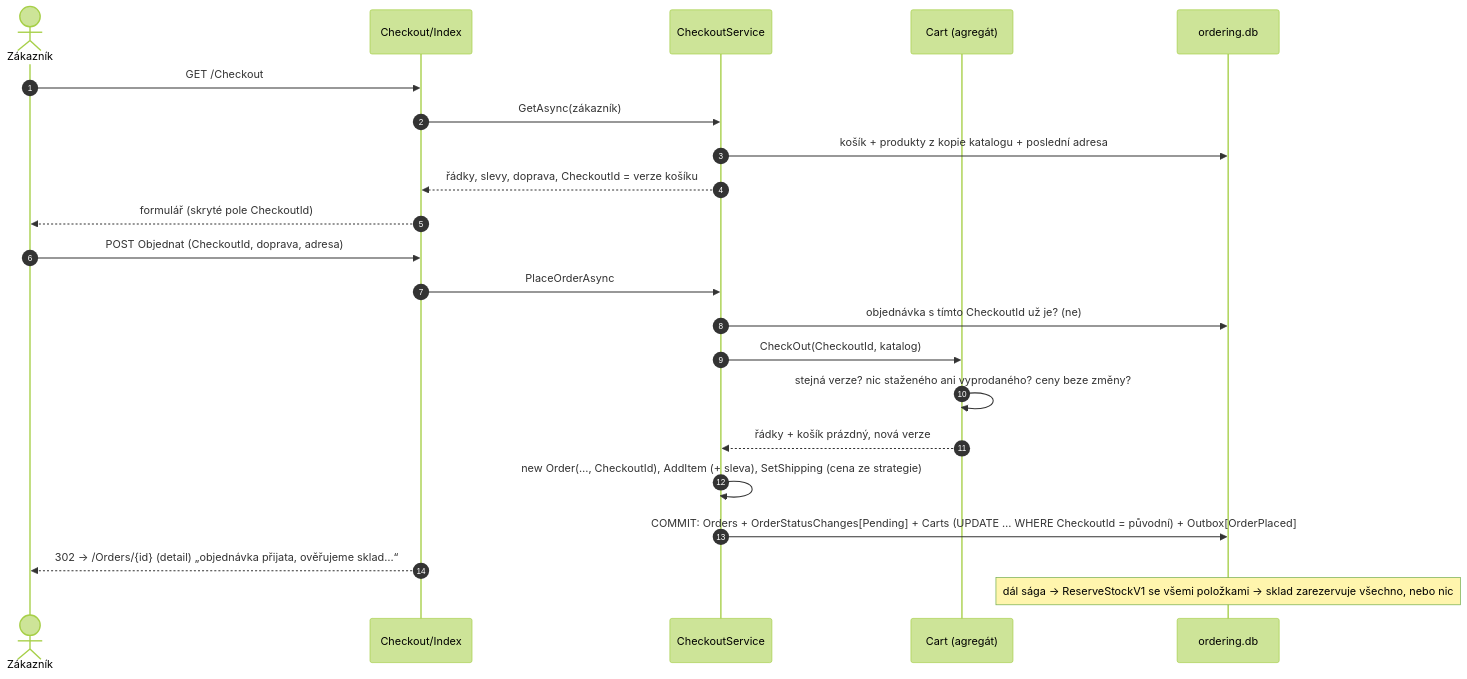
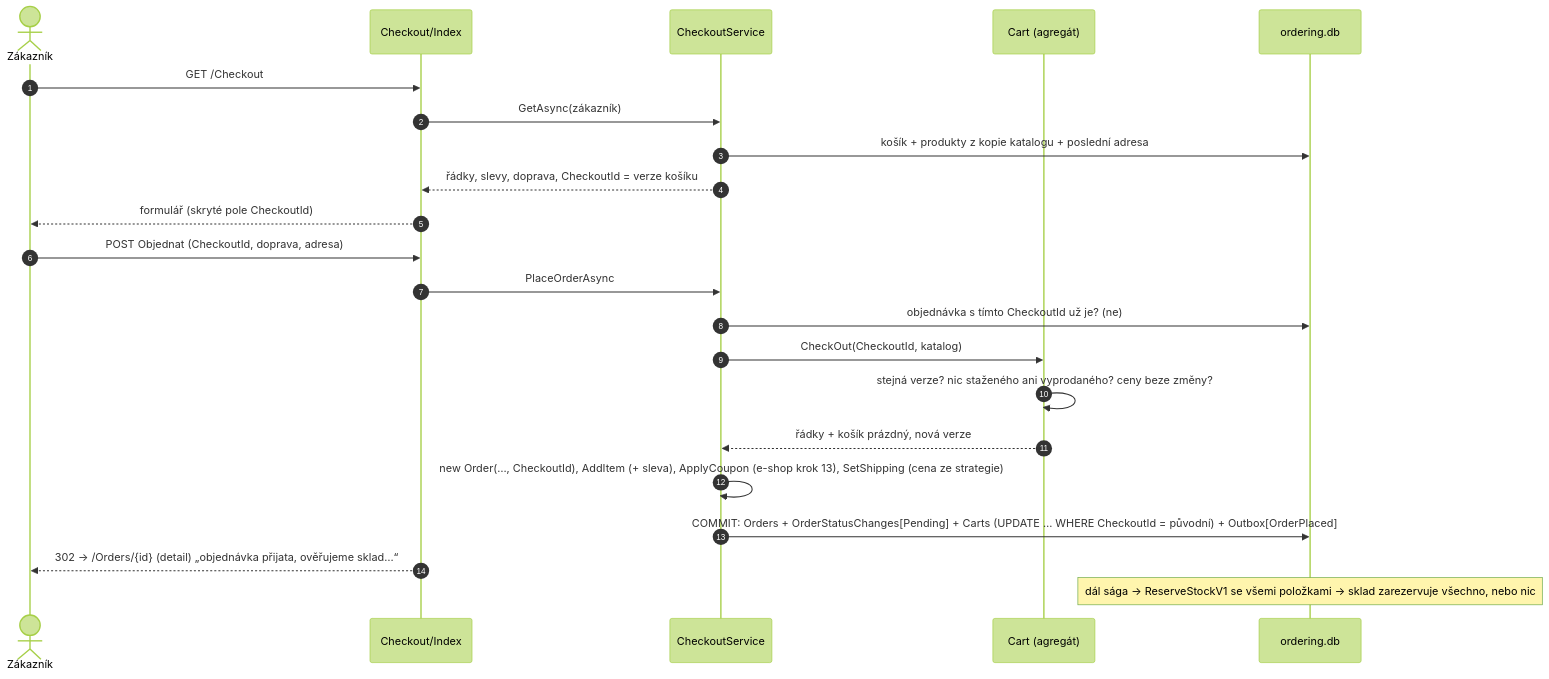
The first of 2 diagrams in docs/prirucka/toky/pokladna.md (ftichy/MiniShop), drawn with Mermaid (forest theme) before and after one commit. The commit also changed 40 other files, not shown here.

````diff
--- a/docs/prirucka/toky/pokladna.md
+++ b/docs/prirucka/toky/pokladna.md
@@ -18,26 +18,26 @@
 ```mermaid
 sequenceDiagram
     autonumber
     actor Z as Zákazník
     participant P as Checkout/Index
     participant CS as CheckoutService
     participant C as Cart (agregát)
     participant ODB as ordering.db
 
     Z->>P: GET /Checkout
     P->>CS: GetAsync(zákazník)
     CS->>ODB: košík + produkty z kopie katalogu + poslední adresa
     CS-->>P: řádky, slevy, doprava, CheckoutId = verze košíku
     P-->>Z: formulář (skryté pole CheckoutId)
 
     Z->>P: POST Objednat (CheckoutId, doprava, adresa)
     P->>CS: PlaceOrderAsync
     CS->>ODB: objednávka s tímto CheckoutId už je? (ne)
     CS->>C: CheckOut(CheckoutId, katalog)
     C->>C: stejná verze? nic staženého ani vyprodaného? ceny beze změny?
     C-->>CS: řádky + košík prázdný, nová verze
-    CS->>CS: new Order(…, CheckoutId), AddItem (+ sleva), SetShipping (cena ze strategie)
+    CS->>CS: new Order(…, CheckoutId), AddItem (+ sleva), ApplyCoupon (e-shop krok 13), SetShipping (cena ze strategie)
     CS->>ODB: COMMIT: Orders + OrderStatusChanges[Pending] + Carts (UPDATE … WHERE CheckoutId = původní) + Outbox[OrderPlaced]
     P-->>Z: 302 → /Orders/{id} (detail) „objednávka přijata, ověřujeme sklad…“
     Note over ODB: dál sága → ReserveStockV1 se všemi položkami → sklad zarezervuje všechno, nebo nic
 ```
````
